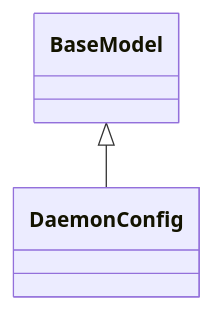
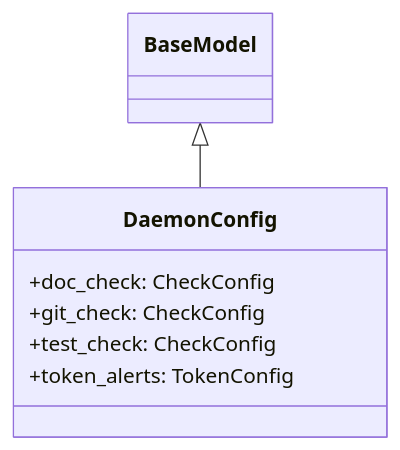
Before and after one commit to Brunvelop/autocode: the fifth of 15 diagrams in design/autocode/api/models_items.md, drawn with Mermaid. The commit also changed other lines of this file and 8 other files, not shown here.

````diff
--- a/design/autocode/api/models_items.md
+++ b/design/autocode/api/models_items.md
@@ -72,7 +87,11 @@
 ```mermaid
 classDiagram
     class DaemonConfig {
+        +doc_check: CheckConfig
+        +git_check: CheckConfig
+        +test_check: CheckConfig
+        +token_alerts: TokenConfig
     }
     BaseModel <|-- DaemonConfig
 
 ```
````
